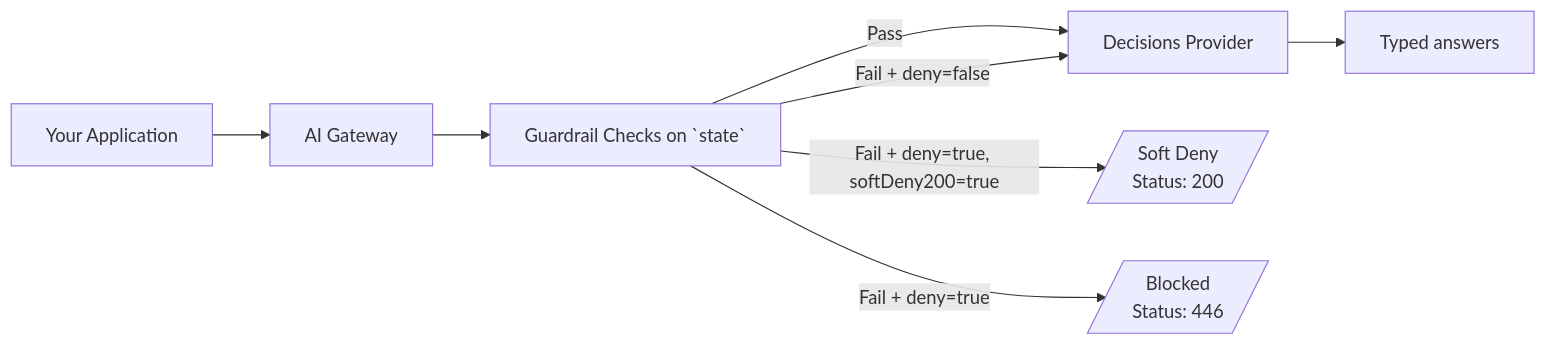
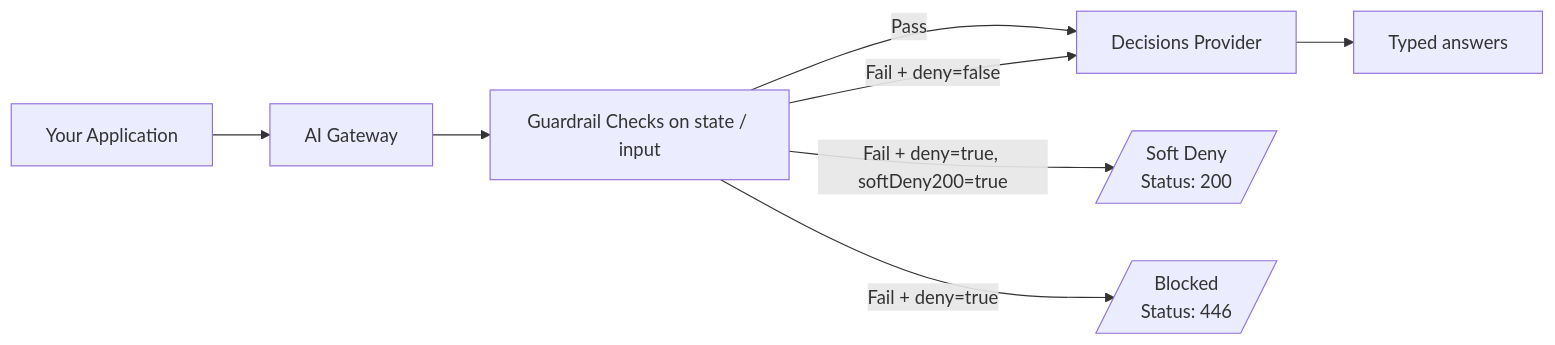
The diagram in aigw/product/guardrails/decisions-guardrails.mdx (Portkey-AI/docs-core), drawn with Mermaid before and after one commit. The commit also changed other lines of this file and 14 other files, not shown here.

````diff
--- a/aigw/product/guardrails/decisions-guardrails.mdx
+++ b/aigw/product/guardrails/decisions-guardrails.mdx
@@ -18,16 +18,16 @@
 ```mermaid
 flowchart LR
     App[Your Application] --> Portkey[AI Gateway]
-    Portkey --> Guardrails[Guardrail Checks on `state`]
+    Portkey --> Guardrails[Guardrail Checks on state / input]
 
     Guardrails -->|Pass| LLM[Decisions Provider]
     Guardrails -->|Fail + deny=false| LLM
     Guardrails -->|Fail + deny=true, softDeny200=true| SoftDeny[/Soft Deny\nStatus: 200/]
     Guardrails -->|Fail + deny=true| Blocked[/Blocked\nStatus: 446/]
 
     LLM --> Success[Typed answers]
 
     class Success success
     class SoftDeny warning
     class Blocked danger
 ```
````
